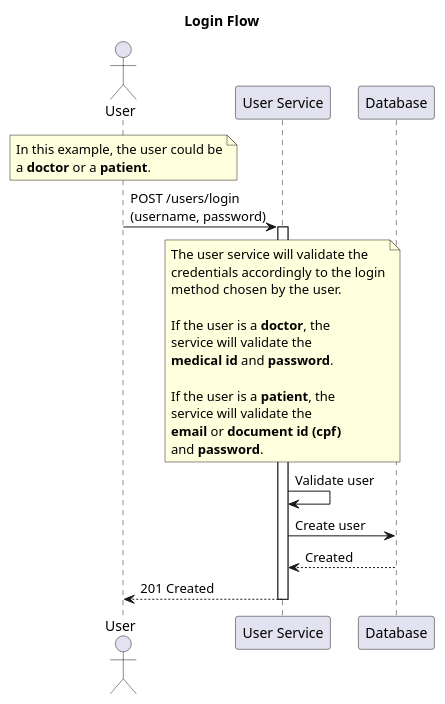
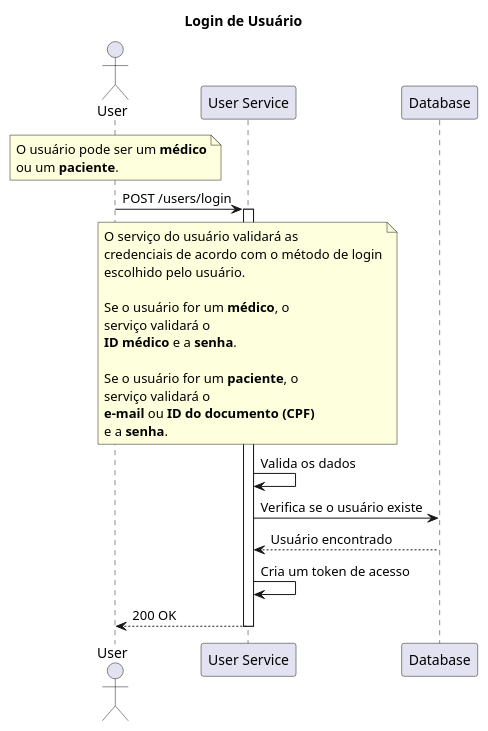
One commit to jfelipearaujo-healthmed/user-service changed the diagram in docs/login.puml. Above: the diagram before and after it, drawn with PlantUML. The commit also changed 12 other files, not shown here.

```diff
--- a/docs/login.puml
+++ b/docs/login.puml
@@ -1,38 +1,39 @@
 @startuml login
 
-title Login Flow
+title Login de Usuário
 
 actor "User" as user
 participant "User Service" as user_service
 participant "Database" as database
 
 note over user
-In this example, the user could be
-a **doctor** or a **patient**.
+O usuário pode ser um **médico**
+ou um **paciente**.
 end note
 
-user -> user_service: POST /users/login\n(username, password)
+user -> user_service: POST /users/login
 
 note over user_service
-The user service will validate the
-credentials accordingly to the login
-method chosen by the user.
+O serviço do usuário validará as
+credenciais de acordo com o método de login
+escolhido pelo usuário.
 
-If the user is a **doctor**, the
-service will validate the
-**medical id** and **password**.
+Se o usuário for um **médico**, o
+serviço validará o
+**ID médico** e a **senha**.
 
-If the user is a **patient**, the
-service will validate the
-**email** or **document id (cpf)**
-and **password**.
+Se o usuário for um **paciente**, o
+serviço validará o
+**e-mail** ou **ID do documento (CPF)**
+e a **senha**.
 end note
 
 activate user_service
-user_service -> user_service: Validate user
-user_service -> database: Create user
-database --> user_service: Created
-user_service --> user: 201 Created
+user_service -> user_service: Valida os dados
+user_service -> database: Verifica se o usuário existe
+database --> user_service: Usuário encontrado
+user_service -> user_service: Cria um token de acesso
+user_service --> user: 200 OK
 deactivate user_service
 
 @enduml
```
